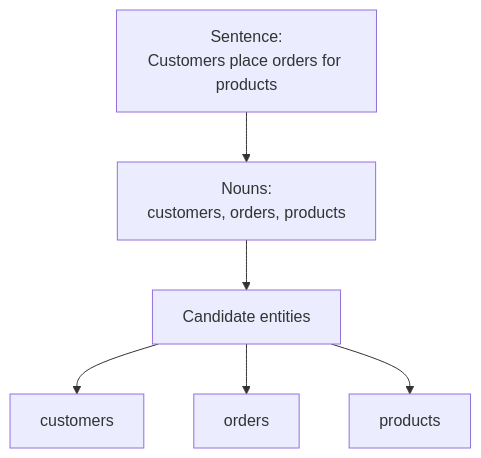
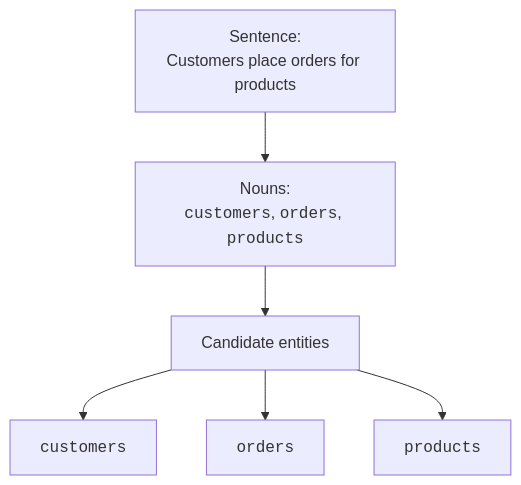
The second of 4 diagrams in content/learn/database-design-postgresql/thinking-in-entities.mdx (dataslope/dataslope), drawn with Mermaid before and after one commit. The commit also changed other lines of this file and 46 other files, not shown here.

First line of the commit message:
Wrap code in mermaid edge labels + entity/table names in DB diagrams

````diff
--- a/content/learn/database-design-postgresql/thinking-in-entities.mdx
+++ b/content/learn/database-design-postgresql/thinking-in-entities.mdx
@@ -41,8 +41,8 @@
 ```mermaid
 flowchart TB
-    S["Sentence:<br/>Customers place orders for products"] --> N["Nouns:<br/>customers, orders, products"]
+    S["Sentence:<br/>Customers place orders for products"] --> N["Nouns:<br/><code>customers</code>, <code>orders</code>, <code>products</code>"]
     N --> C["Candidate entities"]
-    C --> Customers["customers"]
-    C --> Orders["orders"]
-    C --> Products["products"]
+    C --> Customers["<code>customers</code>"]
+    C --> Orders["<code>orders</code>"]
+    C --> Products["<code>products</code>"]
 ```
````
